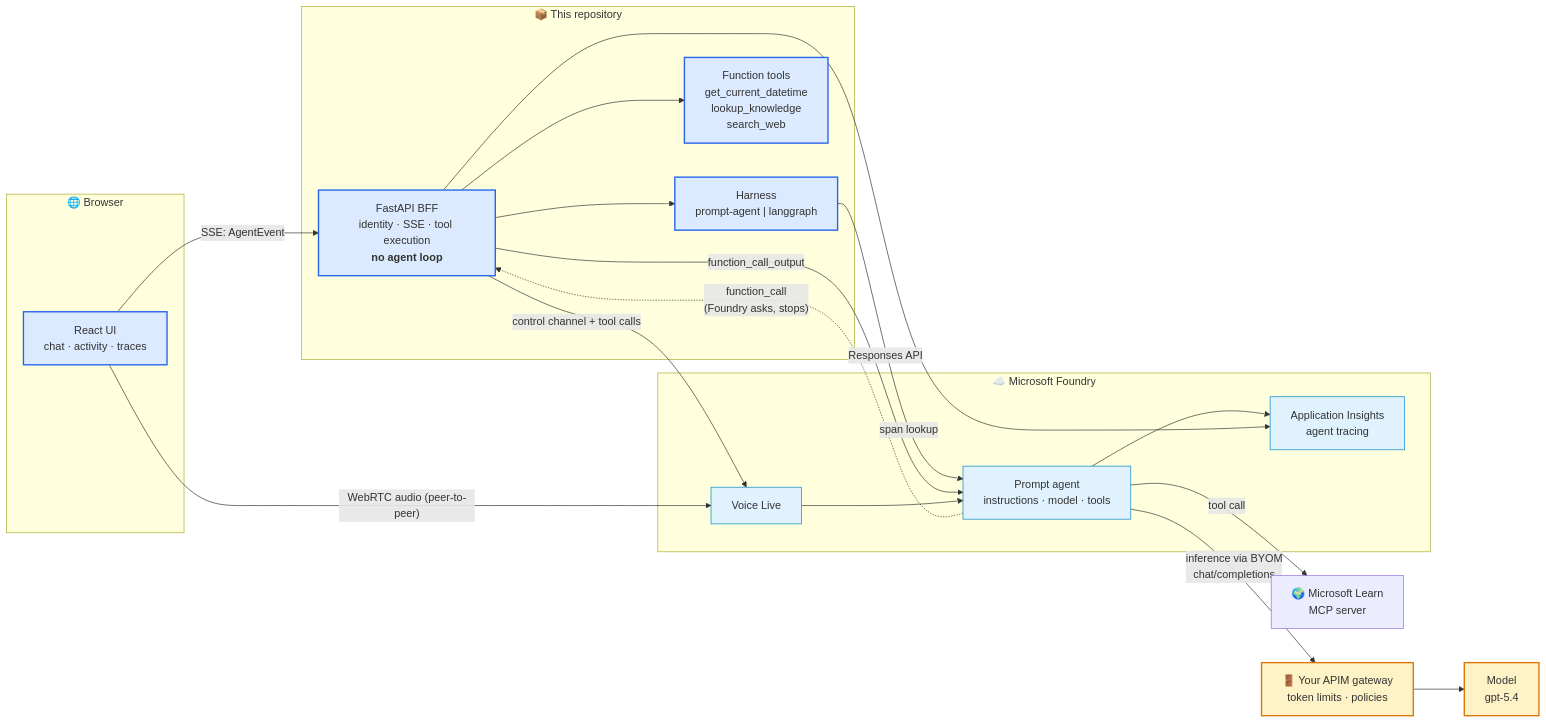
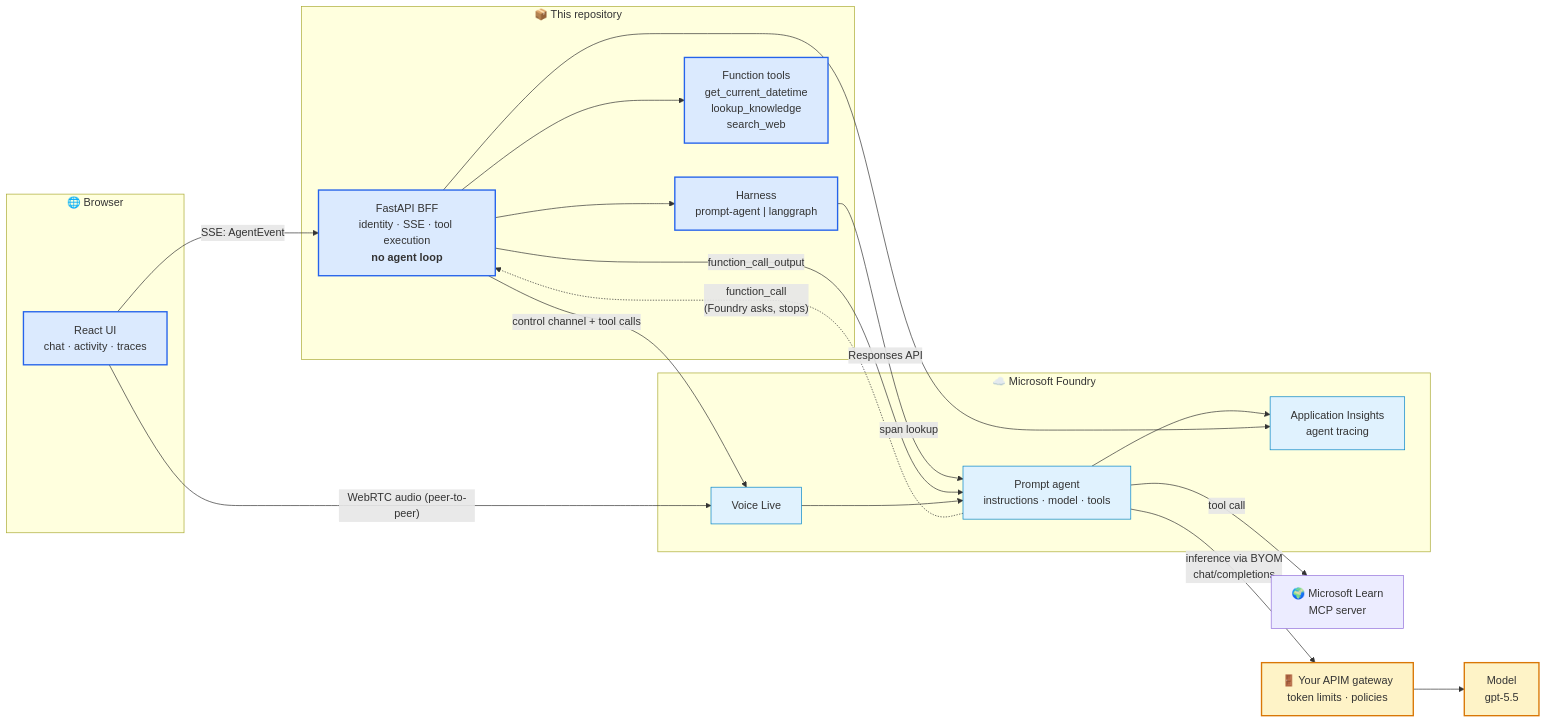
The first of 4 diagrams in README.md (reginaldosilva27/foundry-live-agent), drawn with Mermaid before and after one commit. The commit also changed other lines of this file and 96 other files, not shown here.

````diff
--- a/README.md
+++ b/README.md
@@ -64,43 +73,43 @@
 ```mermaid
 flowchart LR
     subgraph browser["🌐 Browser"]
         UI["React UI<br/>chat · activity · traces"]
     end
 
     subgraph app["📦 This repository"]
         BFF["FastAPI BFF<br/>identity · SSE · tool execution<br/><b>no agent loop</b>"]
         H["Harness<br/>prompt-agent | langgraph"]
         T["Function tools<br/>get_current_datetime<br/>lookup_knowledge<br/>search_web"]
     end
 
     subgraph foundry["☁️ Microsoft Foundry"]
         AG["Prompt agent<br/>instructions · model · tools"]
         VL["Voice Live"]
         AI["Application Insights<br/>agent tracing"]
     end
 
     GW["🚪 Your APIM gateway<br/>token limits · policies"]
-    MODEL["Model<br/>gpt-5.4"]
+    MODEL["Model<br/>gpt-5.5"]
     MCP["🌍 Microsoft Learn<br/>MCP server"]
 
     UI -- "SSE: AgentEvent" --> BFF
     BFF --> H
     H -- "Responses API" --> AG
     AG -- "inference via BYOM<br/>chat/completions" --> GW --> MODEL
     AG -- "tool call" --> MCP
     AG -. "function_call<br/>(Foundry asks, stops)" .-> BFF
     BFF -- "function_call_output" --> AG
     BFF --> T
     UI -- "WebRTC audio (peer-to-peer)" --> VL
     BFF -- "control channel + tool calls" --> VL
     VL --> AG
     AG --> AI
     BFF -- "span lookup" --> AI
 
     classDef ours fill:#dbeafe,stroke:#2563eb,stroke-width:2px
     classDef theirs fill:#e0f2fe,stroke:#0284c7
     classDef gw fill:#fef3c7,stroke:#d97706,stroke-width:2px
     class BFF,H,T,UI ours
     class AG,VL,AI theirs
     class GW,MODEL gw
 ```
````
